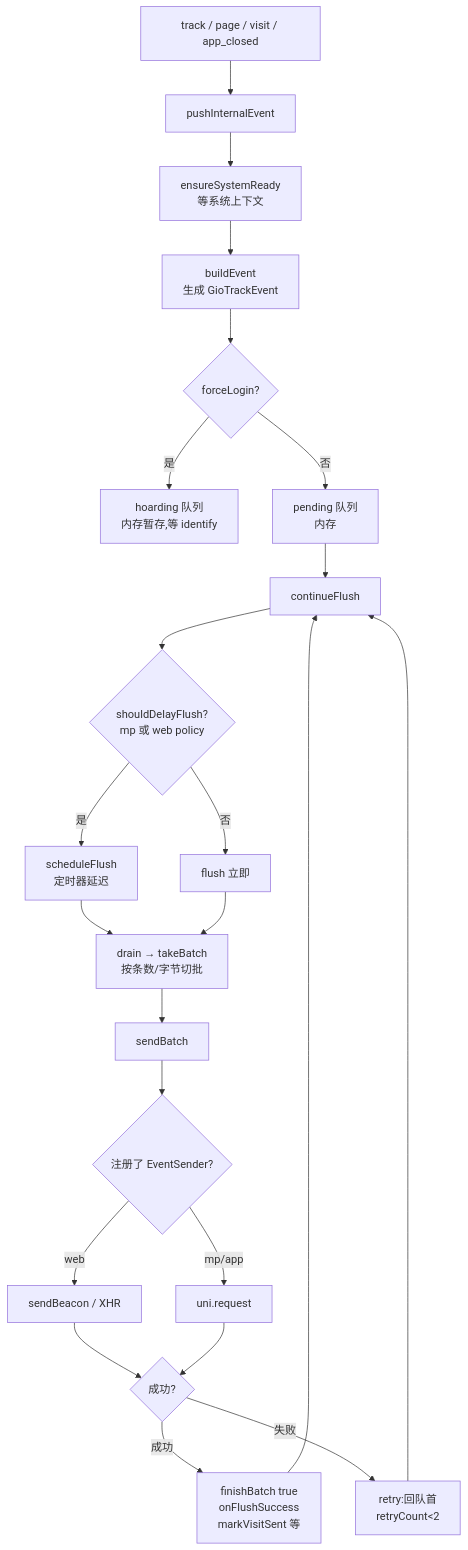
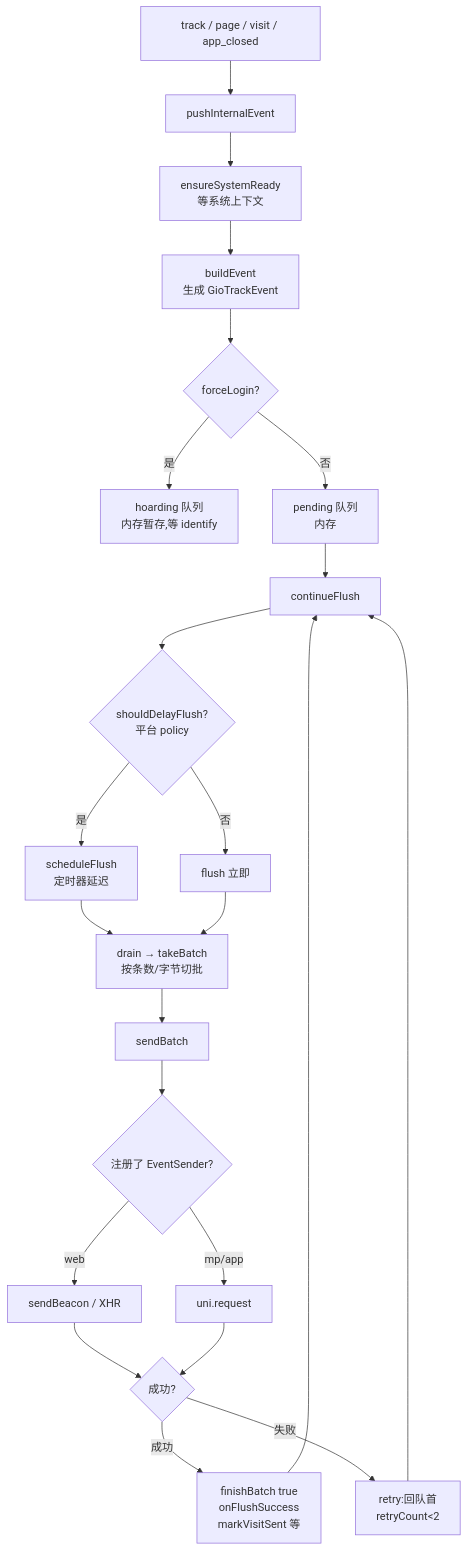
One commit to growingio/gio-uniappx-autotracker changed the first of 6 diagrams in docs/event-persistence-design.md. Above: the diagram before and after it, drawn with Mermaid. The commit also changed other lines of this file and 1 other file, not shown here.

````diff
--- a/docs/event-persistence-design.md
+++ b/docs/event-persistence-design.md
@@ -45,25 +45,25 @@
 ```mermaid
 flowchart TD
   A[track / page / visit / app_closed] --> B[pushInternalEvent]
   B --> C[ensureSystemReady<br/>等系统上下文]
   C --> D[buildEvent<br/>生成 GioTrackEvent]
   D --> E{forceLogin?}
   E -- 是 --> F[hoarding 队列<br/>内存暂存,等 identify]
   E -- 否 --> G[pending 队列<br/>内存]
   G --> H[continueFlush]
-  H --> I{shouldDelayFlush?<br/>mp 或 web policy}
+  H --> I{shouldDelayFlush?<br/>平台 policy}
   I -- 是 --> J[scheduleFlush<br/>定时器延迟]
   I -- 否 --> K[flush 立即]
   J --> L[drain → takeBatch<br/>按条数/字节切批]
   K --> L
   L --> M[sendBatch]
   M --> N{注册了 EventSender?}
   N -- web --> O[sendBeacon / XHR]
   N -- mp/app --> P[uni.request]
   O --> Q{成功?}
   P --> Q
   Q -- 成功 --> R[finishBatch true<br/>onFlushSuccess<br/>markVisitSent 等]
   Q -- 失败 --> S[retry:回队首<br/>retryCount<2]
   R --> H
   S --> H
 ```
````
